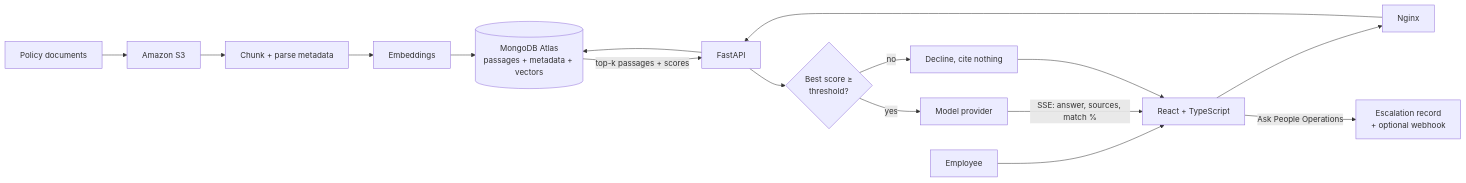
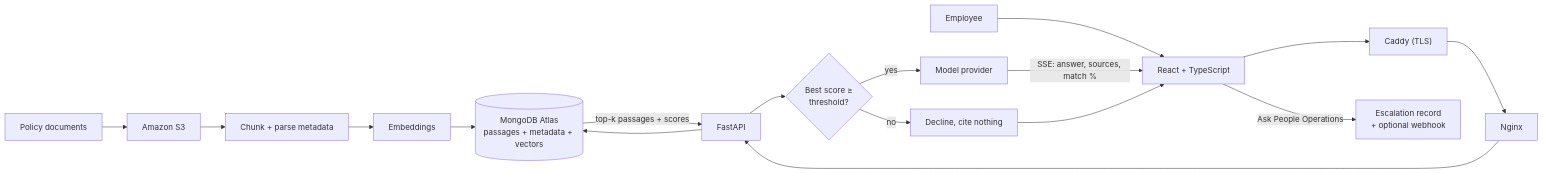
One commit to CMSC495-GROUP3/CMSC495-CAP changed the diagram in README.md. Above: the diagram before and after it, drawn with Mermaid. The commit also changed other lines of this file and 10 other files, not shown here.

````diff
--- a/README.md
+++ b/README.md
@@ -37,19 +37,20 @@
 ```mermaid
 flowchart LR
     DOCS["Policy documents"] --> S3["Amazon S3"]
     S3 --> INGEST["Chunk + parse metadata"]
     INGEST --> EMBED["Embeddings"]
     EMBED --> MONGO[("MongoDB Atlas<br/>passages + metadata + vectors")]
 
     USER["Employee"] --> REACT["React + TypeScript"]
-    REACT --> NGINX["Nginx"]
+    REACT --> CADDY["Caddy (TLS)"]
+    CADDY --> NGINX["Nginx"]
     NGINX --> API["FastAPI"]
     API --> MONGO
     MONGO -->|"top-k passages + scores"| API
     API --> GATE{"Best score ≥<br/>threshold?"}
     GATE -->|"no"| REFUSE["Decline, cite nothing"]
     GATE -->|"yes"| LLM["Model provider"]
     LLM -->|"SSE: answer, sources, match %"| REACT
     REFUSE --> REACT
     REACT -->|"Ask People Operations"| ESC["Escalation record<br/>+ optional webhook"]
 ```
````
